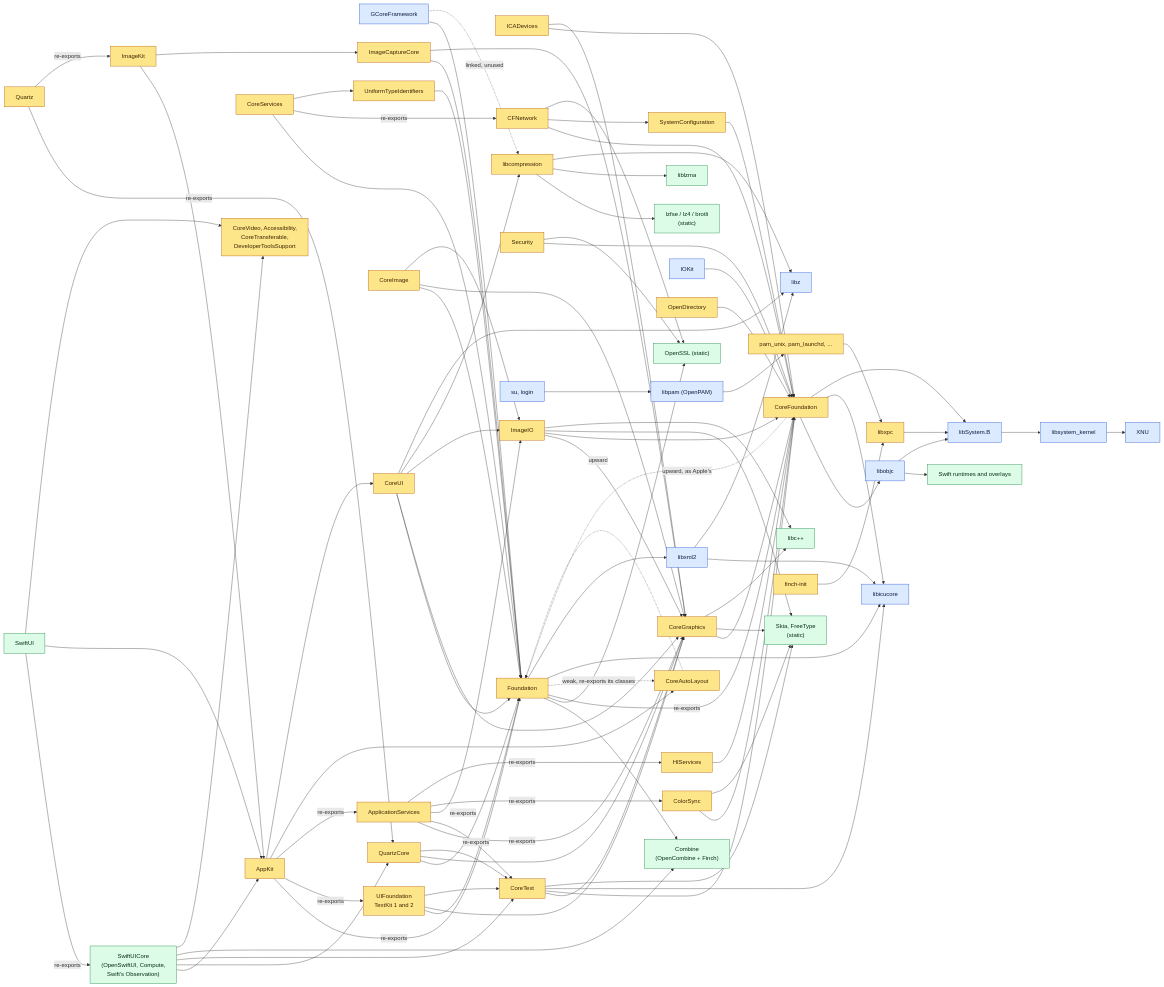
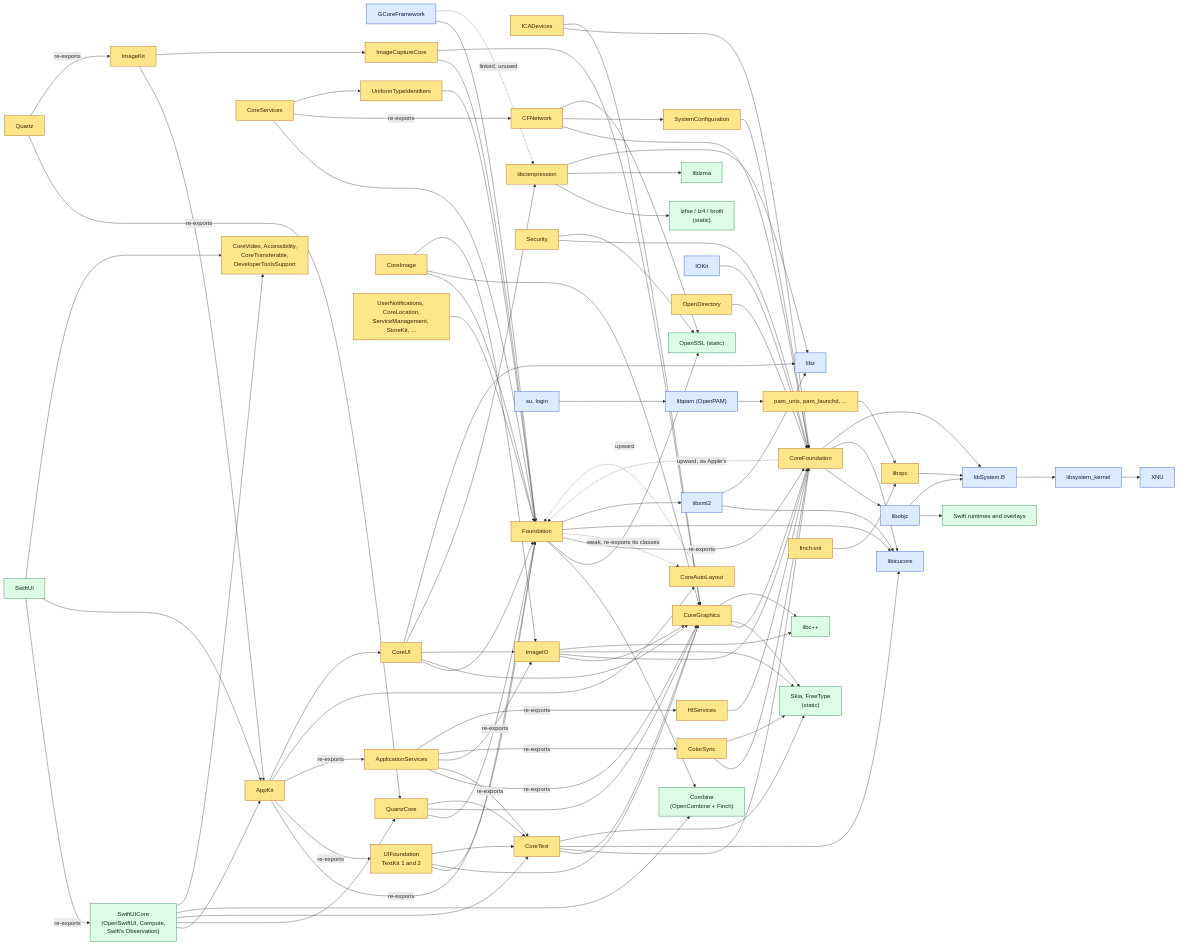
The second of 2 diagrams in docs/STACK.md (XSLabs/finch), drawn with Mermaid before and after one commit. The commit also changed other lines of this file and 50 other files, not shown here.

```diff
--- a/docs/STACK.md
+++ b/docs/STACK.md
@@ -236,6 +240,7 @@
     ctfw["CoreText"]:::finch
     imageio["ImageIO"]:::finch
     coreimagefw["CoreImage"]:::finch
+    servicesfw["UserNotifications, CoreLocation,<br/>ServiceManagement, StoreKit, ..."]:::finch
     colorsync["ColorSync"]:::finch
     hiservices["HIServices"]:::finch
     coreui["CoreUI"]:::finch
@@ -293,6 +298,7 @@
     coreui --> z
     coreservices --> ffound
     coreservices -->|"re-exports"| cfnetwork
+    servicesfw --> ffound
     coreimagefw --> ffound
     coreimagefw --> cgfw
     coreimagefw --> imageio
```
